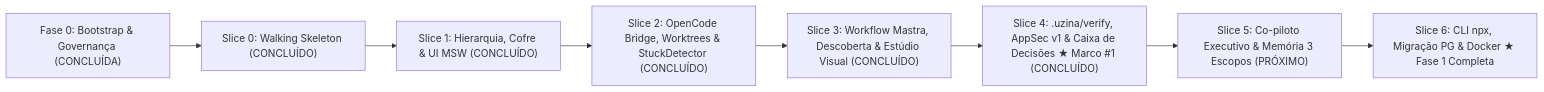
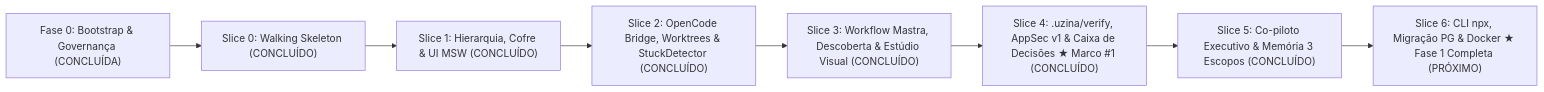
Before and after one commit to Matheus-Gama-deluna/uzina-studio: the diagram in docs/status/ROADMAP_STATUS.md, drawn with Mermaid. The commit also changed other lines of this file and 31 other files, not shown here.

Commit message:
feat(slice-05): Co-piloto Executivo (.network()/SSE) e memorias em 3 escopos com isolamento

````diff
--- a/docs/status/ROADMAP_STATUS.md
+++ b/docs/status/ROADMAP_STATUS.md
@@ -9,10 +9,10 @@
 ```mermaid
 flowchart LR
     F0["Fase 0: Bootstrap & Governança (CONCLUÍDA)"] --> S0["Slice 0: Walking Skeleton (CONCLUÍDO)"]
     S0 --> S1["Slice 1: Hierarquia, Cofre & UI MSW (CONCLUÍDO)"]
     S1 --> S2["Slice 2: OpenCode Bridge, Worktrees & StuckDetector (CONCLUÍDO)"]
     S2 --> S3["Slice 3: Workflow Mastra, Descoberta & Estúdio Visual (CONCLUÍDO)"]
     S3 --> S4["Slice 4: .uzina/verify, AppSec v1 & Caixa de Decisões ★ Marco #1 (CONCLUÍDO)"]
-    S4 --> S5["Slice 5: Co-piloto Executivo & Memória 3 Escopos (PRÓXIMO)"]
-    S5 --> S6["Slice 6: CLI npx, Migração PG & Docker ★ Fase 1 Completa"]
+    S4 --> S5["Slice 5: Co-piloto Executivo & Memória 3 Escopos (CONCLUÍDO)"]
+    S5 --> S6["Slice 6: CLI npx, Migração PG & Docker ★ Fase 1 Completa (PRÓXIMO)"]
 ```
````
